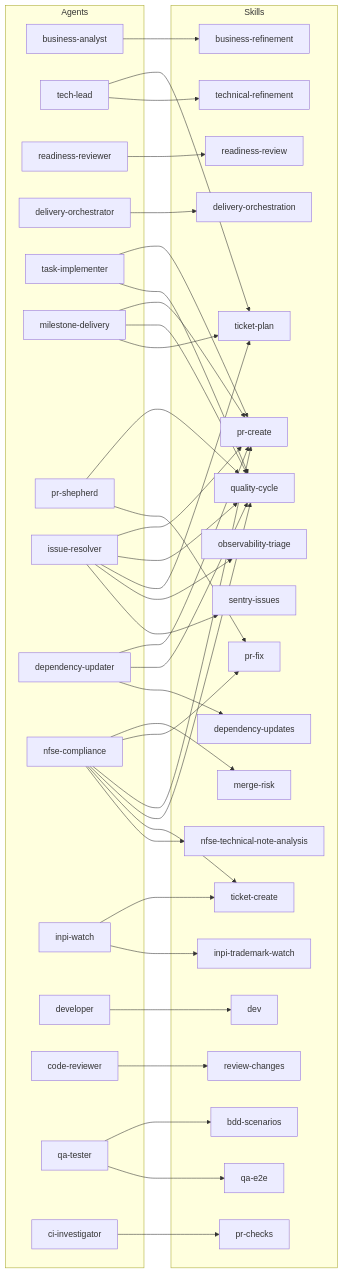
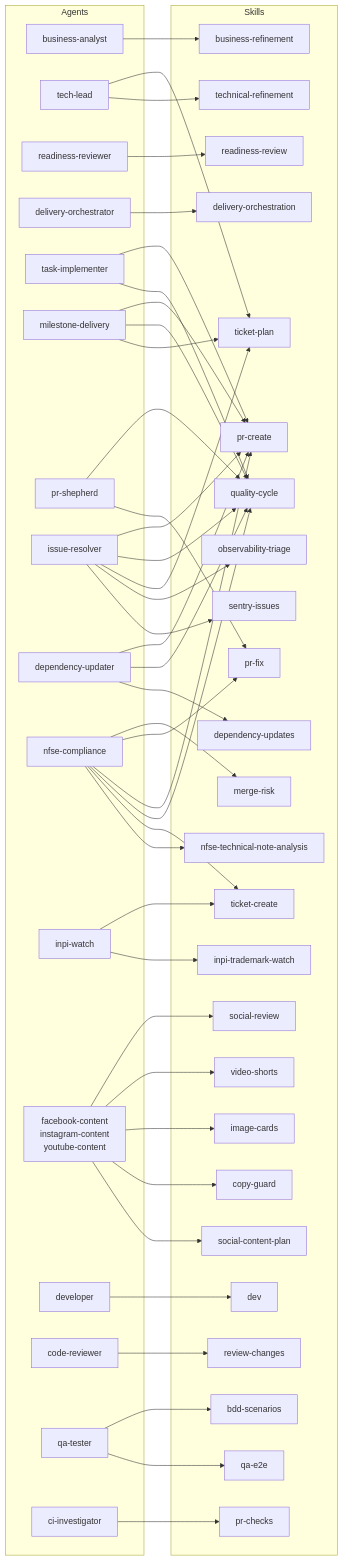
Before and after one commit to fbrissi/ai-skills: the second of 3 diagrams in docs/claude-code-agents.md, drawn with Mermaid. The commit also changed other lines of this file and 188 other files, not shown here.

First line of the commit message:
feat: social content agents and publishers

````diff
--- a/docs/claude-code-agents.md
+++ b/docs/claude-code-agents.md
@@ -69,57 +72,64 @@
 ```mermaid
 flowchart LR
   subgraph AG["Agents"]
     BA["business-analyst"]
     TL["tech-lead"]
     RV["readiness-reviewer"]
     DO["delivery-orchestrator"]
     TI["task-implementer"]
     MD["milestone-delivery"]
     PS["pr-shepherd"]
     IR["issue-resolver"]
     DU["dependency-updater"]
     NC["nfse-compliance"]
     IW["inpi-watch"]
+    SC["facebook-content<br/>instagram-content<br/>youtube-content"]
     DEV["developer"]
     CR["code-reviewer"]
     QA["qa-tester"]
     CI["ci-investigator"]
   end
   subgraph SK["Skills"]
     sBR["business-refinement"]
     sTR["technical-refinement"]
     sTP["ticket-plan"]
     sRR["readiness-review"]
     sDO["delivery-orchestration"]
     sDEV["dev"]
     sQC["quality-cycle"]
     sPC["pr-create"]
     sPF["pr-fix"]
     sMR["merge-risk"]
     sRC["review-changes"]
     sQE["qa-e2e"]
     sBDD["bdd-scenarios"]
     sCK["pr-checks"]
     sSI["sentry-issues"]
     sOT["observability-triage"]
     sDU["dependency-updates"]
     sTC["ticket-create"]
     sNT["nfse-technical-note-analysis"]
     sIN["inpi-trademark-watch"]
+    sSP["social-content-plan"]
+    sCG["copy-guard"]
+    sIC["image-cards"]
+    sVS["video-shorts"]
+    sSR["social-review"]
   end
   BA --> sBR
   TL --> sTR & sTP
   RV --> sRR
   DO --> sDO
   TI --> sQC & sPC
   MD --> sTP & sQC & sPC
   PS --> sPF & sQC
   IR --> sSI & sOT & sTP & sQC & sPC
   DU --> sDU & sQC & sPC
   NC --> sNT & sTC & sQC & sPC & sPF & sMR
   IW --> sIN & sTC
+  SC --> sSP & sCG & sIC & sVS & sSR
   DEV --> sDEV
   CR --> sRC
   QA --> sQE & sBDD
   CI --> sCK
 ```
````
